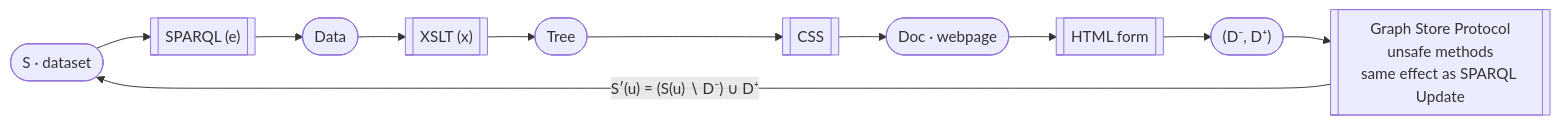
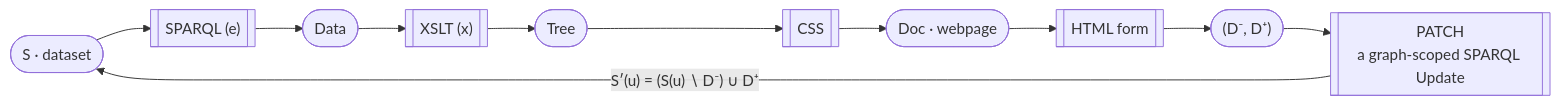
The tenth of 11 diagrams in first-principles-of-the-web.md (AtomGraph/First-Principles-of-the-Web), drawn with Mermaid before and after one commit. The commit also changed other lines of this file, not shown here.

First line of the commit message:
Fix HTTP method semantics in Ch 17–18: PATCH carries the delta, not POST

````diff
--- a/first-principles-of-the-web.md
+++ b/first-principles-of-the-web.md
@@ -1136,8 +1153,8 @@
 ```mermaid
 %%| column: page-right
 flowchart LR
     S(["S · dataset"]) --> e[["SPARQL (e)"]] --> D(["Data"]) --> x[["XSLT (x)"]] --> T(["Tree"]) --> css[["CSS"]] --> Doc(["Doc · webpage"])
     Doc --> form[["HTML form"]] --> delta(["(D⁻, D⁺)"])
-    delta --> upd[["Graph Store Protocol<br/>unsafe methods<br/>same effect as SPARQL Update"]]
+    delta --> upd[["PATCH<br/>a graph-scoped SPARQL Update"]]
     upd -- "S′(u) = (S(u) ∖ D⁻) ∪ D⁺" --> S
 ```
````
